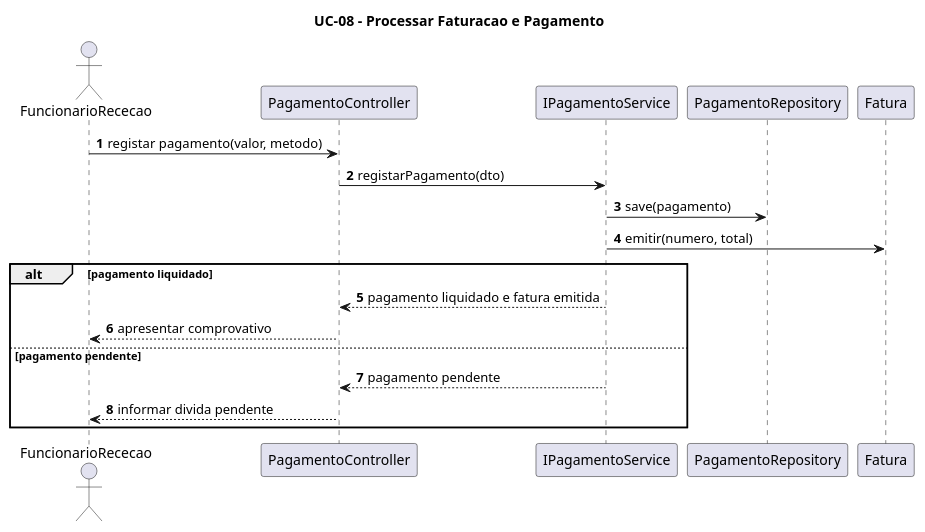
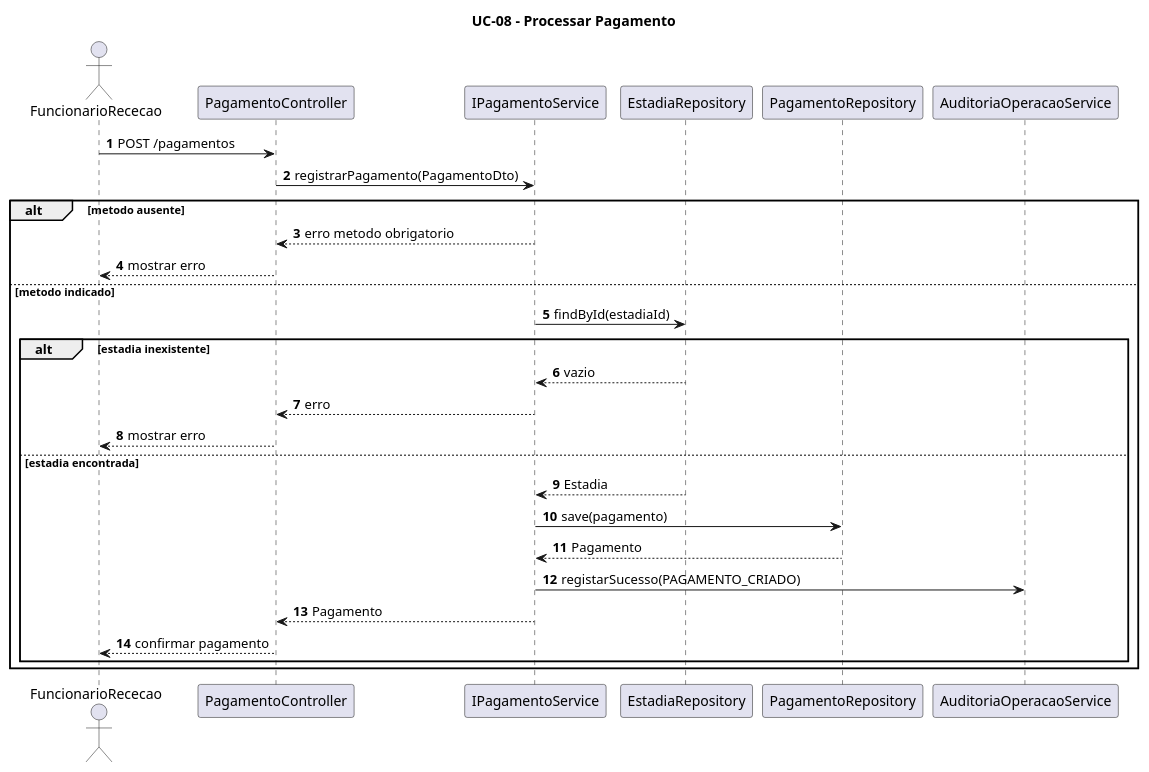
Before and after one commit to beatriz0freitas/LI4-G08: the diagram in docs/Etapa2/03-seq-diagrams/UC-08.puml, drawn with PlantUML. The commit also changed 50 other files, not shown here.

Commit message:
fix: adaptacao e melhroia de use case, diagramas de sequencia e requsiitos

```diff
--- a/docs/Etapa2/03-seq-diagrams/UC-08.puml
+++ b/docs/Etapa2/03-seq-diagrams/UC-08.puml
@@ -1,24 +1,34 @@
 @startuml UC-08
-title UC-08 - Processar Faturacao e Pagamento
+title UC-08 - Processar Pagamento
 
 autonumber
 actor FuncionarioRececao
 participant PagamentoController
 participant IPagamentoService
+participant EstadiaRepository
 participant PagamentoRepository
-participant Fatura
+participant AuditoriaOperacaoService
 
-FuncionarioRececao -> PagamentoController : registar pagamento(valor, metodo)
-PagamentoController -> IPagamentoService : registarPagamento(dto)
-IPagamentoService -> PagamentoRepository : save(pagamento)
-IPagamentoService -> Fatura : emitir(numero, total)
+FuncionarioRececao -> PagamentoController : POST /pagamentos
+PagamentoController -> IPagamentoService : registrarPagamento(PagamentoDto)
 
-alt pagamento liquidado
-  IPagamentoService --> PagamentoController : pagamento liquidado e fatura emitida
-  PagamentoController --> FuncionarioRececao : apresentar comprovativo
-else pagamento pendente
-  IPagamentoService --> PagamentoController : pagamento pendente
-  PagamentoController --> FuncionarioRececao : informar divida pendente
+alt metodo ausente
+  IPagamentoService --> PagamentoController : erro metodo obrigatorio
+  PagamentoController --> FuncionarioRececao : mostrar erro
+else metodo indicado
+  IPagamentoService -> EstadiaRepository : findById(estadiaId)
+  alt estadia inexistente
+    EstadiaRepository --> IPagamentoService : vazio
+    IPagamentoService --> PagamentoController : erro
+    PagamentoController --> FuncionarioRececao : mostrar erro
+  else estadia encontrada
+    EstadiaRepository --> IPagamentoService : Estadia
+    IPagamentoService -> PagamentoRepository : save(pagamento)
+    PagamentoRepository --> IPagamentoService : Pagamento
+    IPagamentoService -> AuditoriaOperacaoService : registarSucesso(PAGAMENTO_CRIADO)
+    IPagamentoService --> PagamentoController : Pagamento
+    PagamentoController --> FuncionarioRececao : confirmar pagamento
+  end
 end
 
 @enduml
```
